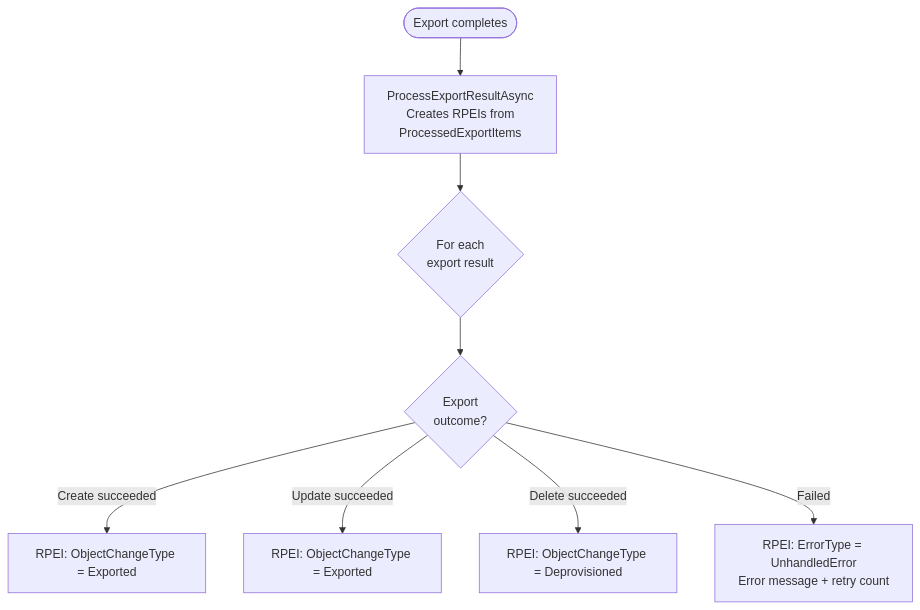
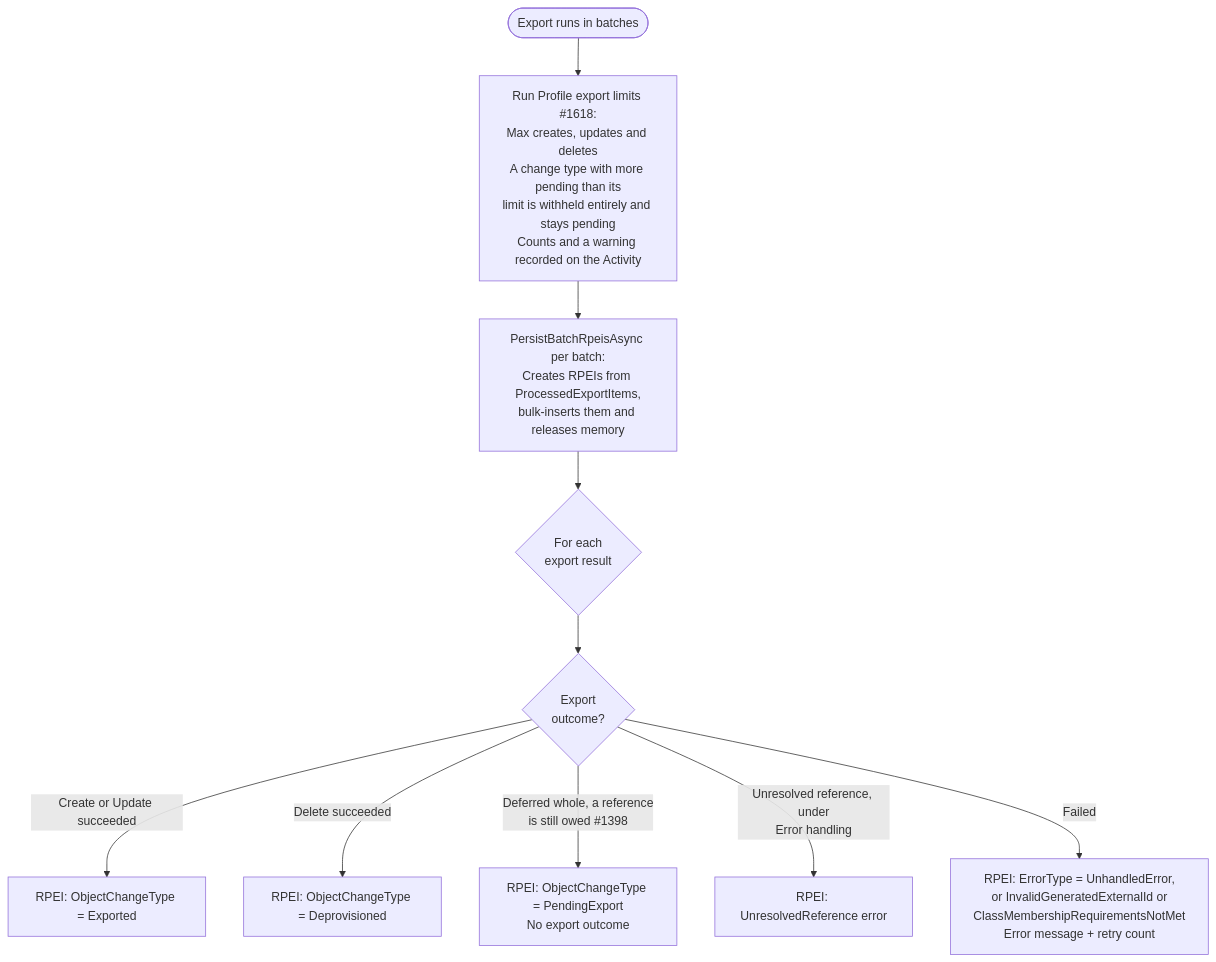
One commit to TetronIO/JIM changed the fourth of 6 diagrams in docs/developer/diagrams/ACTIVITY_AND_RPEI_FLOW.md. Above: the diagram before and after it, drawn with Mermaid. The commit also changed other lines of this file and 49 other files, not shown here.

Commit message:
docs: update documentation, diagrams and changelog for v0.15.0 release

````diff
--- a/docs/developer/diagrams/ACTIVITY_AND_RPEI_FLOW.md
+++ b/docs/developer/diagrams/ACTIVITY_AND_RPEI_FLOW.md
@@ -124,12 +142,14 @@
 ```mermaid
 flowchart TD
-    ExportStart([Export completes]) --> ProcessResults[ProcessExportResultAsync<br/>Creates RPEIs from<br/>ProcessedExportItems]
+    ExportStart([Export runs in batches]) --> Limits[Run Profile export limits #1618:<br/>Max creates, updates and deletes<br/>A change type with more pending than its<br/>limit is withheld entirely and stays pending<br/>Counts and a warning recorded on the Activity]
+    Limits --> ProcessResults[PersistBatchRpeisAsync per batch:<br/>Creates RPEIs from ProcessedExportItems,<br/>bulk-inserts them and releases memory]
 
     ProcessResults --> PerExport{For each<br/>export result}
 
     PerExport --> Outcome{Export<br/>outcome?}
-    Outcome -->|Create succeeded| ProvRPEI[RPEI: ObjectChangeType = Exported]
-    Outcome -->|Update succeeded| ExpRPEI[RPEI: ObjectChangeType = Exported]
+    Outcome -->|Create or Update succeeded| ExpRPEI[RPEI: ObjectChangeType = Exported]
     Outcome -->|Delete succeeded| DeprovRPEI[RPEI: ObjectChangeType = Deprovisioned]
-    Outcome -->|Failed| FailRPEI[RPEI: ErrorType = UnhandledError<br/>Error message + retry count]
+    Outcome -->|Deferred whole, a reference<br/>is still owed #1398| DeferRPEI[RPEI: ObjectChangeType = PendingExport<br/>No export outcome]
+    Outcome -->|Unresolved reference, under<br/>Error handling| UnresolvedRPEI[RPEI: UnresolvedReference error]
+    Outcome -->|Failed| FailRPEI[RPEI: ErrorType = UnhandledError,<br/>or InvalidGeneratedExternalId or<br/>ClassMembershipRequirementsNotMet<br/>Error message + retry count]
 ```
````
